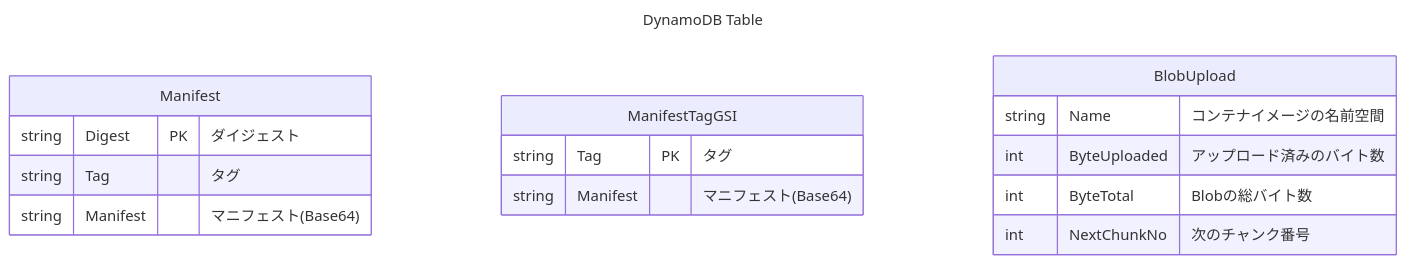
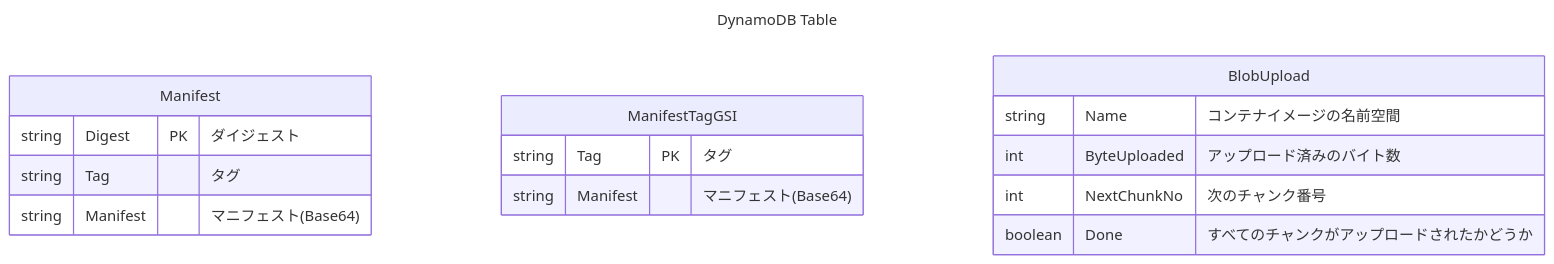
Before and after one commit to a-takamin/TCR: the diagram in tables.md, drawn with Mermaid.

Commit message:
add upload-blob-progress table

````diff
--- a/tables.md
+++ b/tables.md
@@ -1,24 +1,24 @@
 ```mermaid
 ---
 title: DynamoDB Table
 ---
 erDiagram
     Manifest {
         string Digest PK "ダイジェスト"
         string Tag "タグ"
         string Manifest "マニフェスト(Base64)"
     }
 
     ManifestTagGSI {
         string Tag PK "タグ"
         string Manifest "マニフェスト(Base64)"
     }
 
 
     BlobUpload {
         string Name "コンテナイメージの名前空間"
         int ByteUploaded "アップロード済みのバイト数"
-        int ByteTotal "Blobの総バイト数"
         int NextChunkNo "次のチャンク番号"
+        boolean Done "すべてのチャンクがアップロードされたかどうか"
     }
 ```
````
